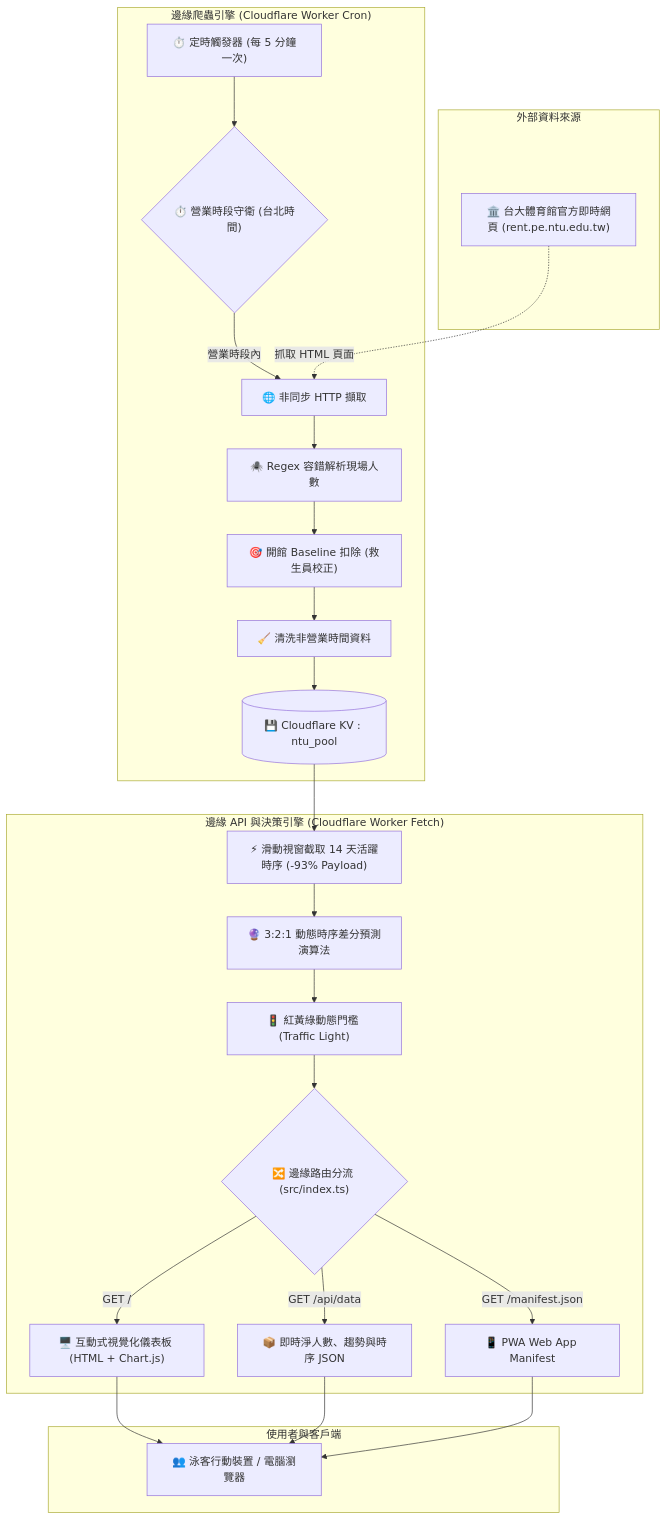
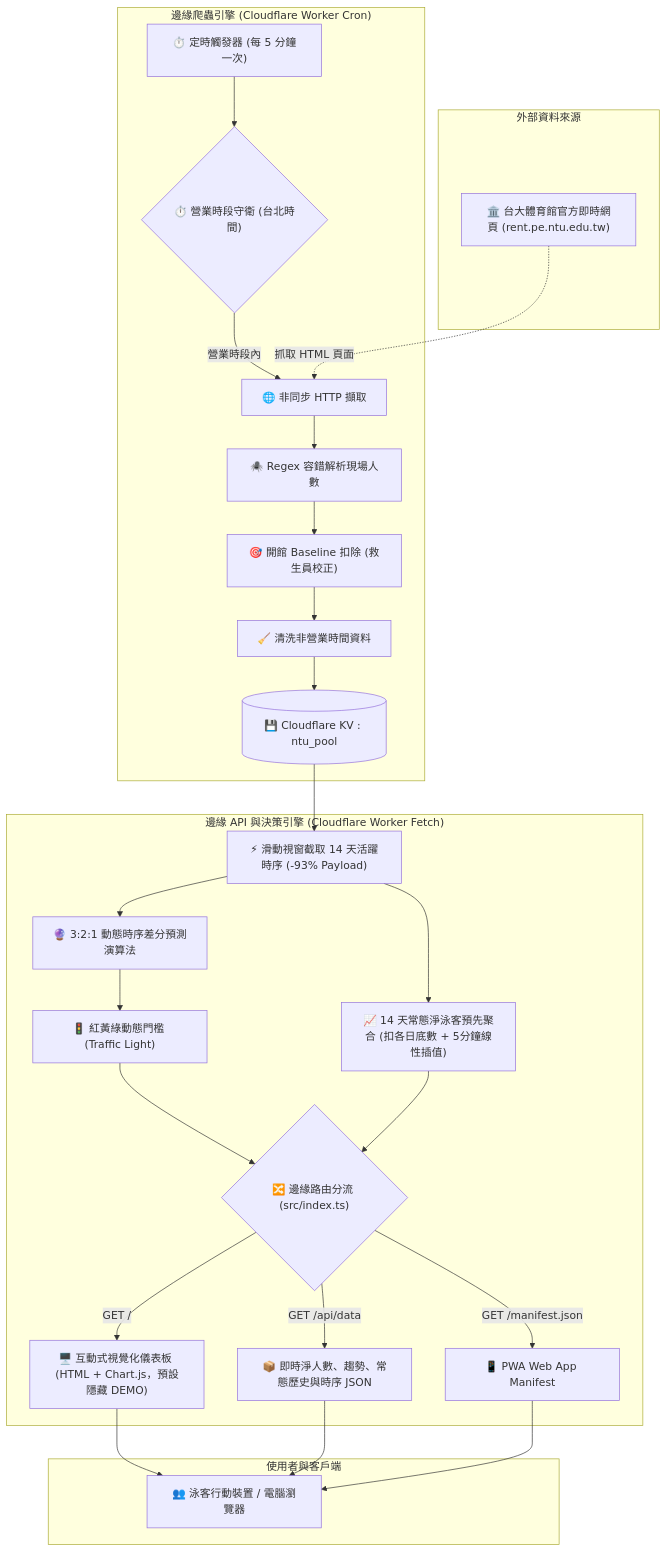
One commit to 8915ethan/ntu-pool changed the diagram in README.md. Above: the diagram before and after it, drawn with Mermaid. The commit also changed other lines of this file and 1 other file, not shown here.

Commit message:
docs: update features, architecture diagram, and decision log (decisions 6-8)

````diff
--- a/README.md
+++ b/README.md
@@ -44,33 +45,35 @@
 ```mermaid
 flowchart TD
     subgraph External["外部資料來源"]
         NTU["🏛️ 台大體育館官方即時網頁 (rent.pe.ntu.edu.tw)"]
     end
 
     subgraph CrawlerEngine["邊緣爬蟲引擎 (Cloudflare Worker Cron)"]
         Cron["⏱️ 定時觸發器 (每 5 分鐘一次)"] --> Guard{"⏱️ 營業時段守衛 (台北時間)"}
         Guard -->|營業時段內| Fetcher["🌐 非同步 HTTP 擷取"]
         NTU -. 抓取 HTML 頁面 .-> Fetcher
         Fetcher --> Regex["🕷️ Regex 容錯解析現場人數"]
         Regex --> Baseline["🎯 開館 Baseline 扣除 (救生員校正)"]
         Baseline --> Sanitizer["🧹 清洗非營業時間資料"]
         Sanitizer --> KV[("💾 Cloudflare KV : ntu_pool")]
     end
 
     subgraph ServiceEngine["邊緣 API 與決策引擎 (Cloudflare Worker Fetch)"]
         KV --> Window["⚡ 滑動視窗截取 14 天活躍時序 (-93% Payload)"]
+        Window --> TypCalc["📈 14 天常態淨泳客預先聚合 (扣各日底數 + 5分鐘線性插值)"]
         Window --> Algo["🔮 3:2:1 動態時序差分預測演算法"]
         Algo --> Threshold["🚦 紅黃綠動態門檻 (Traffic Light)"]
         Threshold --> Routes{"🔀 邊緣路由分流 (src/index.ts)"}
+        TypCalc --> Routes
         
-        Routes -->|GET /| Dashboard["🖥️ 互動式視覺化儀表板 (HTML + Chart.js)"]
-        Routes -->|GET /api/data| API["📦 即時淨人數、趨勢與時序 JSON"]
+        Routes -->|GET /| Dashboard["🖥️ 互動式視覺化儀表板 (HTML + Chart.js，預設隱藏 DEMO)"]
+        Routes -->|GET /api/data| API["📦 即時淨人數、趨勢、常態歷史與時序 JSON"]
         Routes -->|GET /manifest.json| PWA["📱 PWA Web App Manifest"]
     end
 
     subgraph Clients["使用者與客戶端"]
         Dashboard --> Users["👥 泳客行動裝置 / 電腦瀏覽器"]
         API --> Users
         PWA --> Users
     end
 ```
````
